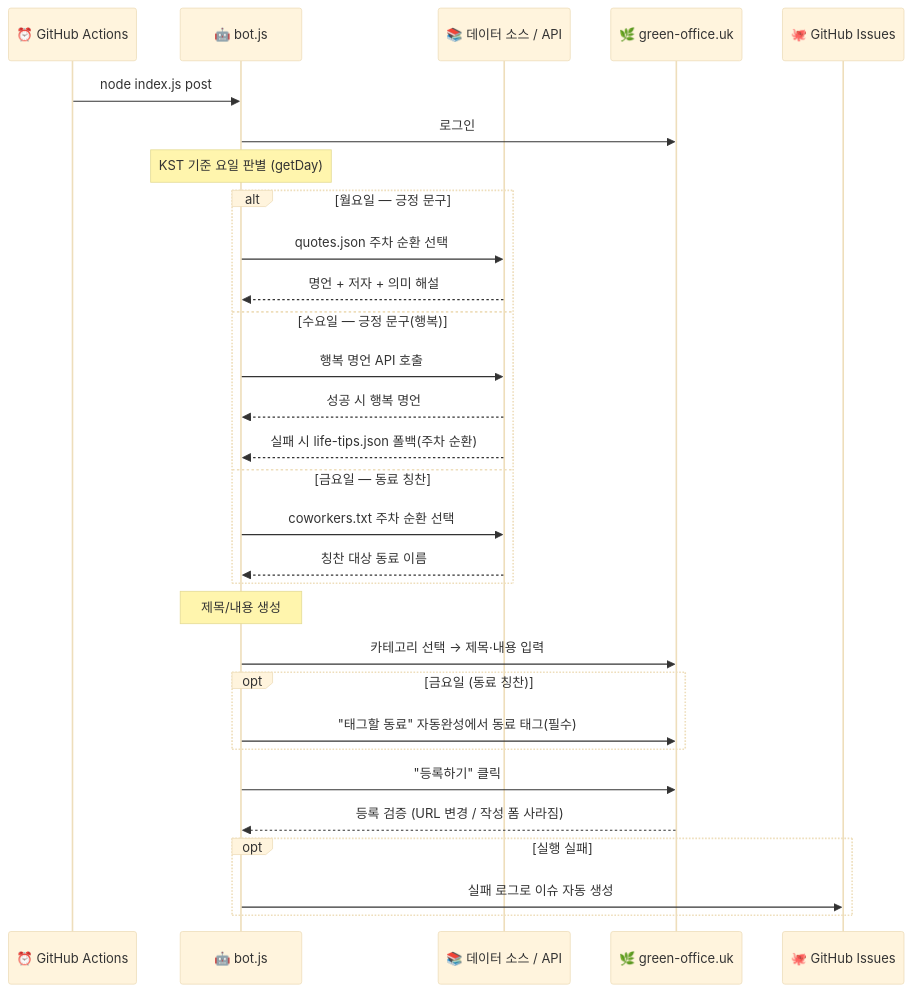
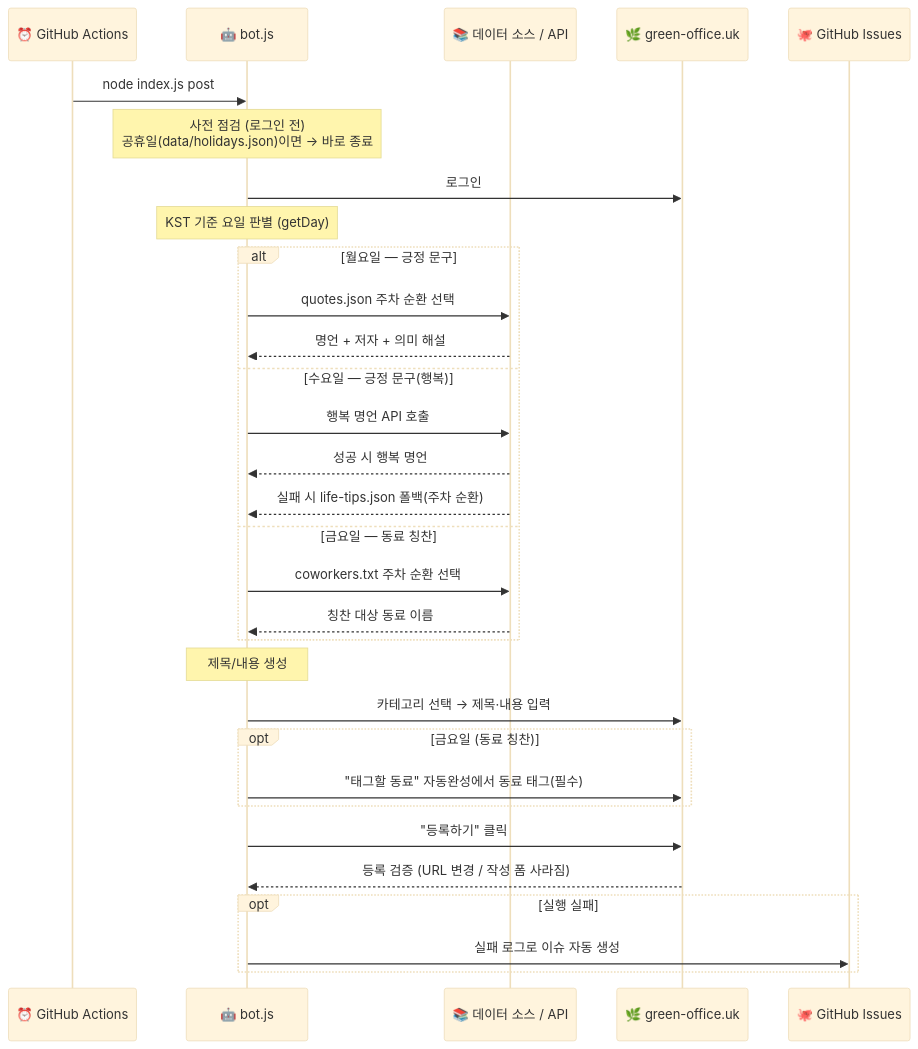
Before and after one commit to leemgs/green-office-agent: the third of 3 diagrams in README.md, drawn with Mermaid (base theme). The commit also changed other lines of this file and 6 other files, not shown here.

````diff
--- a/README.md
+++ b/README.md
@@ -177,33 +178,34 @@
 ```mermaid
 sequenceDiagram
     participant CRON as ⏰ GitHub Actions
     participant BOT as 🤖 bot.js
     participant DATA as 📚 데이터 소스 / API
     participant SITE as 🌿 green-office.uk
     participant GH as 🐙 GitHub Issues
 
     CRON->>BOT: node index.js post
+    Note over BOT: 사전 점검 (로그인 전)<br/>공휴일(data/holidays.json)이면 → 바로 종료
     BOT->>SITE: 로그인
     Note over BOT: KST 기준 요일 판별 (getDay)
     alt 월요일 — 긍정 문구
         BOT->>DATA: quotes.json 주차 순환 선택
         DATA-->>BOT: 명언 + 저자 + 의미 해설
     else 수요일 — 긍정 문구(행복)
         BOT->>DATA: 행복 명언 API 호출
         DATA-->>BOT: 성공 시 행복 명언
         DATA-->>BOT: 실패 시 life-tips.json 폴백(주차 순환)
     else 금요일 — 동료 칭찬
         BOT->>DATA: coworkers.txt 주차 순환 선택
         DATA-->>BOT: 칭찬 대상 동료 이름
     end
     Note over BOT: 제목/내용 생성
     BOT->>SITE: 카테고리 선택 → 제목·내용 입력
     opt 금요일 (동료 칭찬)
         BOT->>SITE: "태그할 동료" 자동완성에서 동료 태그(필수)
     end
     BOT->>SITE: "등록하기" 클릭
     SITE-->>BOT: 등록 검증 (URL 변경 / 작성 폼 사라짐)
     opt 실행 실패
         BOT->>GH: 실패 로그로 이슈 자동 생성
     end
 ```
````
